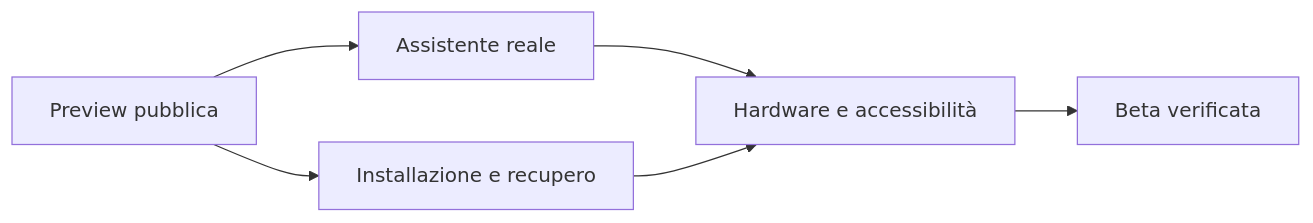
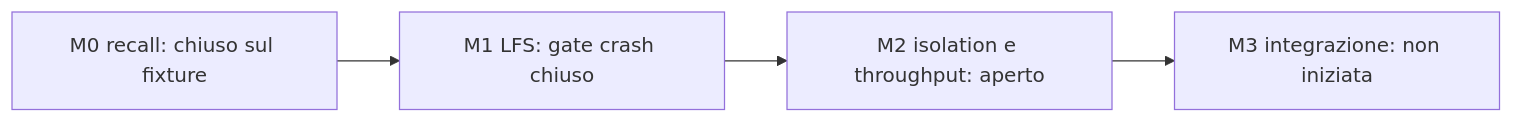
One commit to FrySco19/VelaOS changed the diagram in docs/ROADMAP.md. Above: the diagram before and after it, drawn with Mermaid. The commit also changed other lines of this file and 15 other files, not shown here.

First line of the commit message:
docs: align repository with M0-M2 architecture

````diff
--- a/docs/ROADMAP.md
+++ b/docs/ROADMAP.md
@@ -13,8 +21,6 @@
 ```mermaid
 flowchart LR
-  Preview[Preview pubblica] --> Runtime[Assistente reale]
-  Preview --> Installer[Installazione e recupero]
-  Runtime --> Hardware[Hardware e accessibilità]
-  Installer --> Hardware
-  Hardware --> Beta[Beta verificata]
+  M0[M0 recall: chiuso sul fixture] --> M1[M1 LFS: gate crash chiuso]
+  M1 --> M2[M2 isolation e throughput: aperto]
+  M2 --> M3[M3 integrazione: non iniziata]
 ```
````
